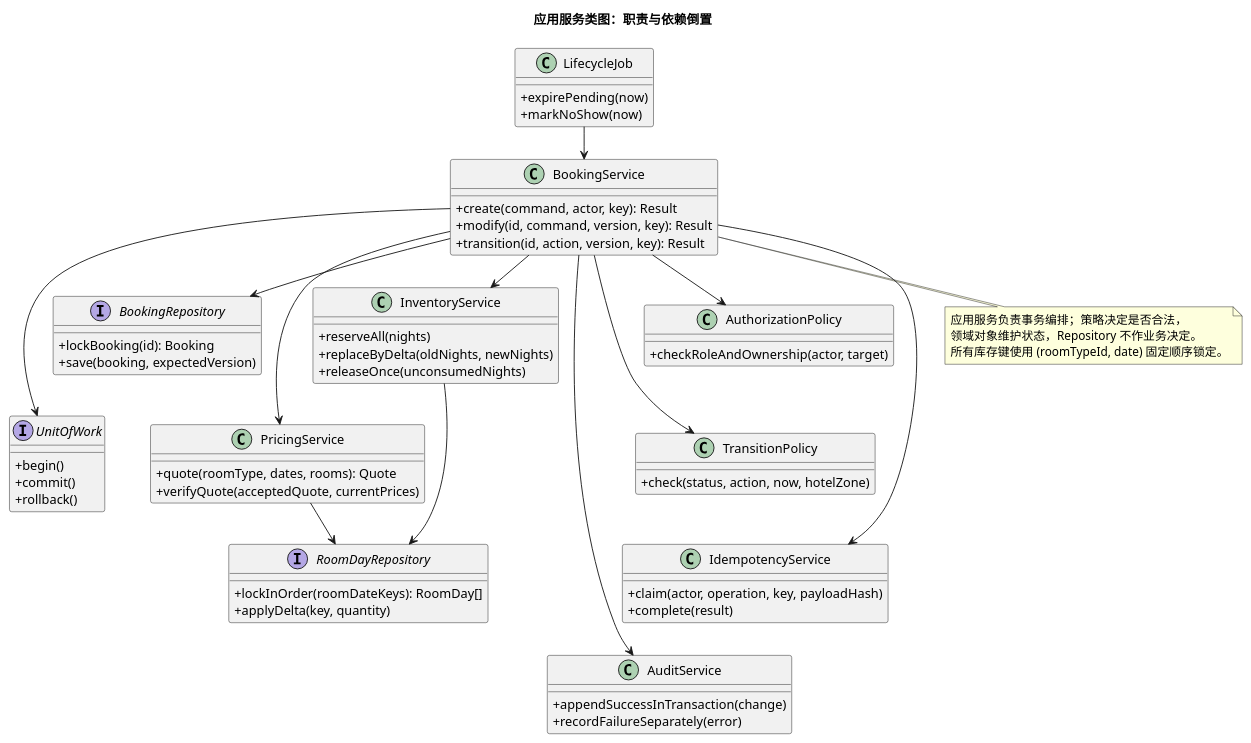
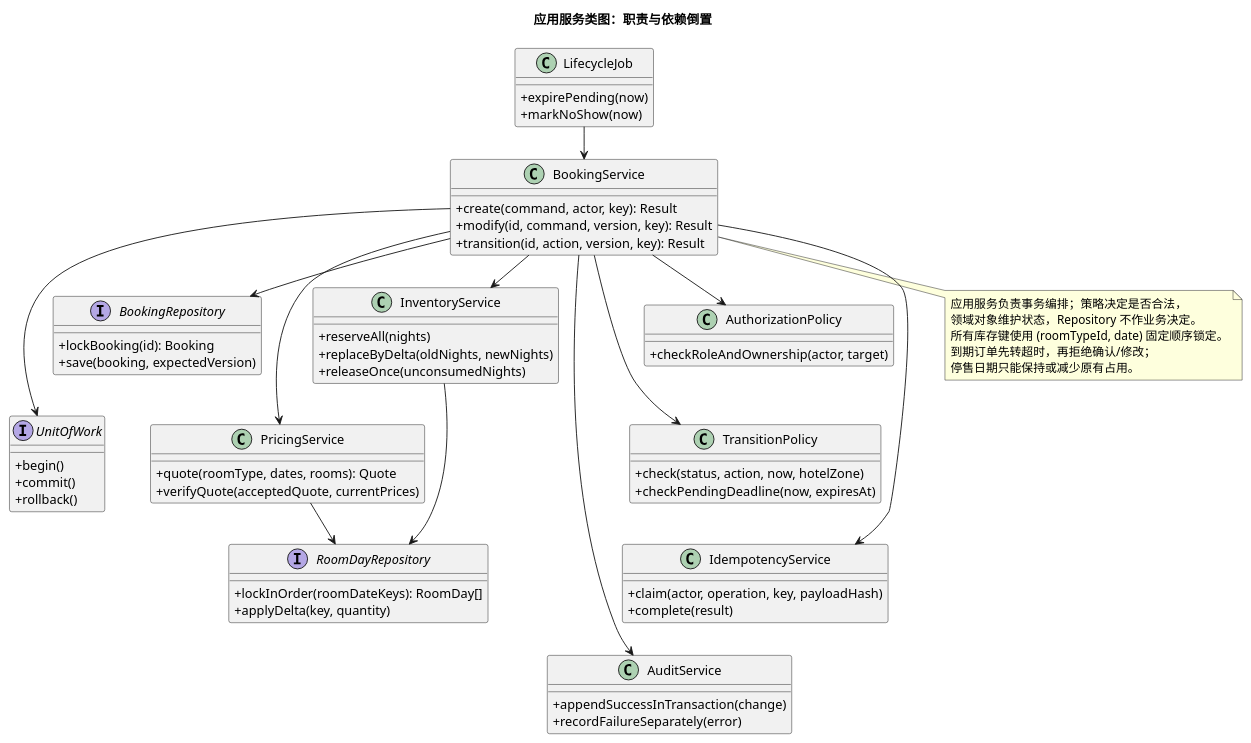
One commit to bear0327/software-engineering-lab changed the diagram in 实验2_241820122_商世雄/UML/03_应用服务类图.puml. Above: the diagram before and after it, drawn with PlantUML. The commit also changed 18 other files, not shown here.

```diff
--- a/实验2_241820122_商世雄/UML/03_应用服务类图.puml
+++ b/实验2_241820122_商世雄/UML/03_应用服务类图.puml
@@ -1,74 +1,77 @@
 @startuml
 !pragma layout smetana
 title 应用服务类图：职责与依赖倒置
 skinparam defaultFontName Microsoft YaHei
 skinparam shadowing false
 skinparam classAttributeIconSize 0
 skinparam backgroundColor white
 interface BookingRepository {
   +lockBooking(id): Booking
   +save(booking, expectedVersion)
 }
 interface RoomDayRepository {
   +lockInOrder(roomDateKeys): RoomDay[]
   +applyDelta(key, quantity)
 }
 interface UnitOfWork {
   +begin()
   +commit()
   +rollback()
 }
 class BookingService {
   +create(command, actor, key): Result
   +modify(id, command, version, key): Result
   +transition(id, action, version, key): Result
 }
 class AuthorizationPolicy {
   +checkRoleAndOwnership(actor, target)
 }
 class TransitionPolicy {
   +check(status, action, now, hotelZone)
+  +checkPendingDeadline(now, expiresAt)
 }
 class InventoryService {
   +reserveAll(nights)
   +replaceByDelta(oldNights, newNights)
   +releaseOnce(unconsumedNights)
 }
 class PricingService {
   +quote(roomType, dates, rooms): Quote
   +verifyQuote(acceptedQuote, currentPrices)
 }
 class IdempotencyService {
   +claim(actor, operation, key, payloadHash)
   +complete(result)
 }
 class AuditService {
   +appendSuccessInTransaction(change)
   +recordFailureSeparately(error)
 }
 class LifecycleJob {
   +expirePending(now)
   +markNoShow(now)
 }
 BookingService --> AuthorizationPolicy
 BookingService --> TransitionPolicy
 BookingService --> InventoryService
 BookingService --> PricingService
 BookingService --> IdempotencyService
 BookingService --> AuditService
 BookingService --> BookingRepository
 BookingService --> UnitOfWork
 InventoryService --> RoomDayRepository
 PricingService --> RoomDayRepository
 LifecycleJob --> BookingService
 AuthorizationPolicy -[hidden]down-> TransitionPolicy
 TransitionPolicy -[hidden]down-> IdempotencyService
 IdempotencyService -[hidden]down-> AuditService
 InventoryService -[hidden]down-> PricingService
 BookingRepository -[hidden]down-> UnitOfWork
 note bottom of BookingService
 应用服务负责事务编排；策略决定是否合法，
 领域对象维护状态，Repository 不作业务决定。
 所有库存键使用 (roomTypeId, date) 固定顺序锁定。
+到期订单先转超时，再拒绝确认/修改；
+停售日期只能保持或减少原有占用。
 end note
 @enduml
```
